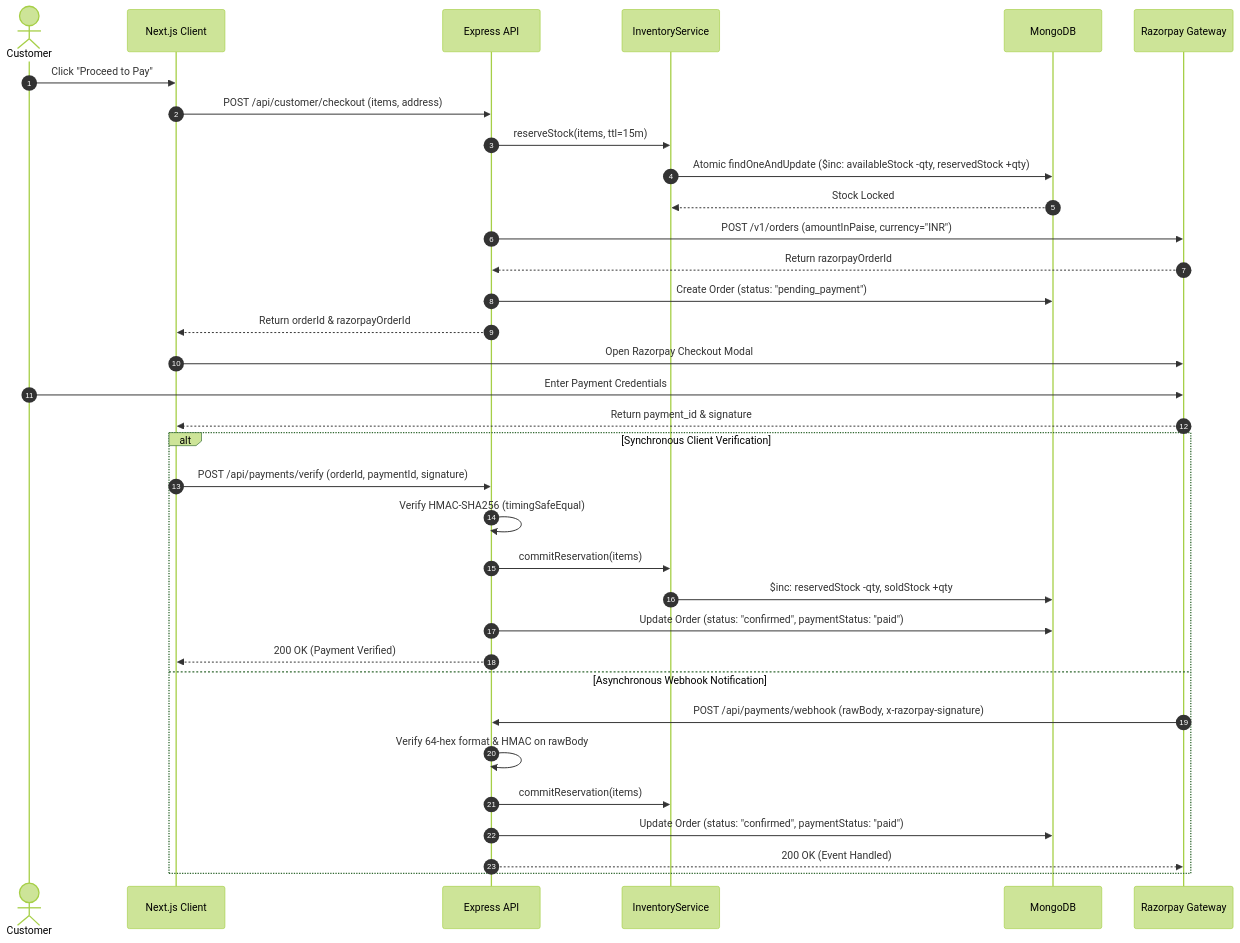
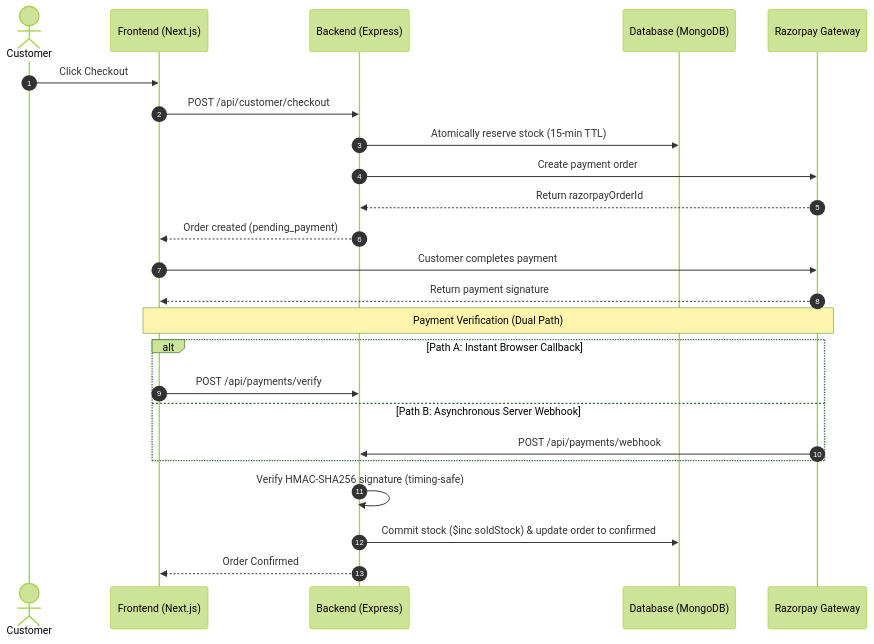
The third of 4 diagrams in README.md (Jyatin/KiranaWala), drawn with Mermaid (forest theme) before and after one commit. The commit also changed other lines of this file, not shown here.

Commit message:
docs: streamline README with simplified diagrams and clear technical explanations

````diff
--- a/README.md
+++ b/README.md
@@ -301,39 +249,30 @@
 ```mermaid
 sequenceDiagram
     autonumber
     actor Customer
-    participant Frontend as Next.js Client
-    participant Backend as Express API
-    participant Inventory as InventoryService
-    participant DB as MongoDB
-    participant Razorpay as Razorpay Gateway
+    participant App as Frontend (Next.js)
+    participant API as Backend (Express)
+    participant DB as Database (MongoDB)
+    participant Pay as Razorpay Gateway
 
-    Customer->>Frontend: Click "Proceed to Pay"
-    Frontend->>Backend: POST /api/customer/checkout (items, address)
-    Backend->>Inventory: reserveStock(items, ttl=15m)
-    Inventory->>DB: Atomic findOneAndUpdate ($inc: availableStock -qty, reservedStock +qty)
-    DB-->>Inventory: Stock Locked
-    Backend->>Razorpay: POST /v1/orders (amountInPaise, currency="INR")
-    Razorpay-->>Backend: Return razorpayOrderId
-    Backend->>DB: Create Order (status: "pending_payment")
-    Backend-->>Frontend: Return orderId & razorpayOrderId
+    Customer->>App: Click Checkout
+    App->>API: POST /api/customer/checkout
+    API->>DB: Atomically reserve stock (15-min TTL)
+    API->>Pay: Create payment order
+    Pay-->>API: Return razorpayOrderId
+    API-->>App: Order created (pending_payment)
 
-    Frontend->>Razorpay: Open Razorpay Checkout Modal
-    Customer->>Razorpay: Enter Payment Credentials
-    Razorpay-->>Frontend: Return payment_id & signature
+    App->>Pay: Customer completes payment
+    Pay-->>App: Return payment signature
 
-    alt Synchronous Client Verification
-        Frontend->>Backend: POST /api/payments/verify (orderId, paymentId, signature)
-        Backend->>Backend: Verify HMAC-SHA256 (timingSafeEqual)
-        Backend->>Inventory: commitReservation(items)
-        Inventory->>DB: $inc: reservedStock -qty, soldStock +qty
-        Backend->>DB: Update Order (status: "confirmed", paymentStatus: "paid")
-        Backend-->>Frontend: 200 OK (Payment Verified)
-    else Asynchronous Webhook Notification
-        Razorpay->>Backend: POST /api/payments/webhook (rawBody, x-razorpay-signature)
-        Backend->>Backend: Verify 64-hex format & HMAC on rawBody
-        Backend->>Inventory: commitReservation(items)
-        Backend->>DB: Update Order (status: "confirmed", paymentStatus: "paid")
-        Backend-->>Razorpay: 200 OK (Event Handled)
+    Note over App,Pay: Payment Verification (Dual Path)
+    alt Path A: Instant Browser Callback
+        App->>API: POST /api/payments/verify
+    else Path B: Asynchronous Server Webhook
+        Pay->>API: POST /api/payments/webhook
     end
+
+    API->>API: Verify HMAC-SHA256 signature (timing-safe)
+    API->>DB: Commit stock ($inc soldStock) & update order to confirmed
+    API-->>App: Order Confirmed
 ```
````
